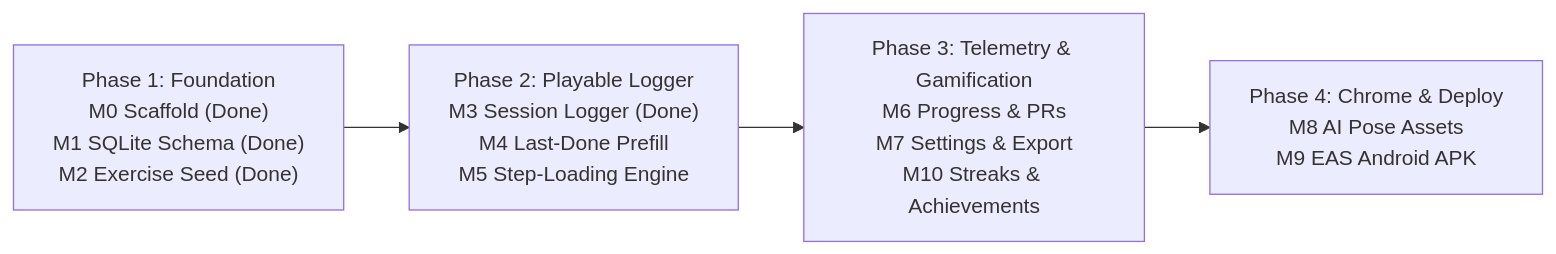
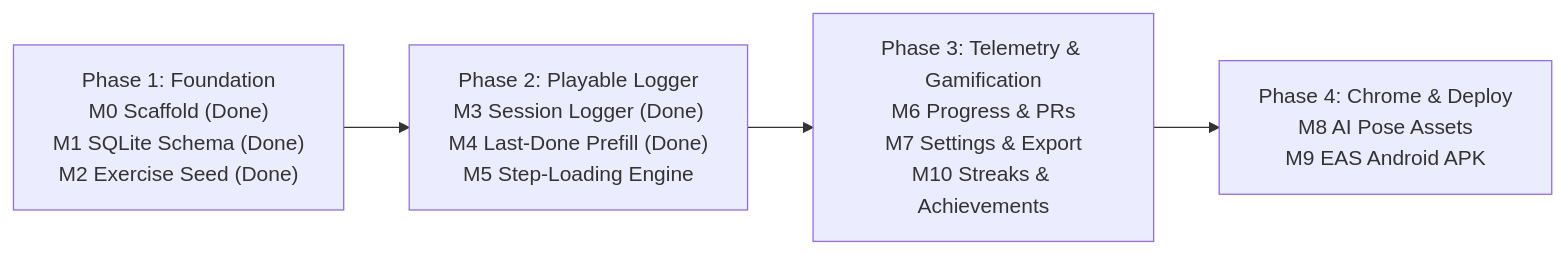
The diagram in docs/index.md (ccmueller355/shadowtrain), drawn with Mermaid before and after one commit. The commit also changed other lines of this file and 4 other files, not shown here.

Commit message:
feat(m4): implement last-done working sets prefill & summary chip (#16)

````diff
--- a/docs/index.md
+++ b/docs/index.md
@@ -45,6 +45,6 @@
 ```mermaid
 flowchart LR
-  P1["Phase 1: Foundation\nM0 Scaffold (Done)\nM1 SQLite Schema (Done)\nM2 Exercise Seed (Done)"] --> P2["Phase 2: Playable Logger\nM3 Session Logger (Done)\nM4 Last-Done Prefill\nM5 Step-Loading Engine"]
+  P1["Phase 1: Foundation\nM0 Scaffold (Done)\nM1 SQLite Schema (Done)\nM2 Exercise Seed (Done)"] --> P2["Phase 2: Playable Logger\nM3 Session Logger (Done)\nM4 Last-Done Prefill (Done)\nM5 Step-Loading Engine"]
   P2 --> P3["Phase 3: Telemetry & Gamification\nM6 Progress & PRs\nM7 Settings & Export\nM10 Streaks & Achievements"]
   P3 --> P4["Phase 4: Chrome & Deploy\nM8 AI Pose Assets\nM9 EAS Android APK"]
 ```
````
